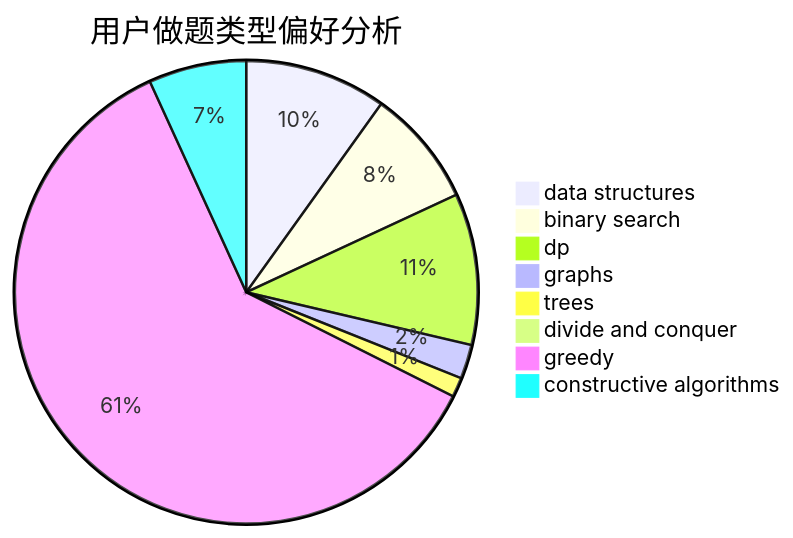
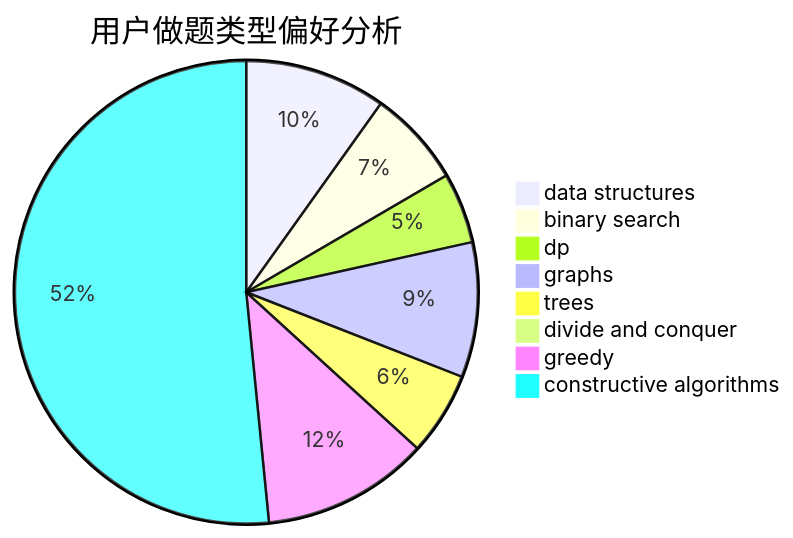
One commit to sherpahu/cfrs.github.io changed the second of 3 diagrams in docs/user/u354.md. Above: the diagram before and after it, drawn with Mermaid. The commit also changed other lines of this file and 2770 other files, not shown here.

````diff
--- a/docs/user/u354.md
+++ b/docs/user/u354.md
@@ -23,11 +23,11 @@
 ```mermaid
 pie title 用户做题类型偏好分析
-    "data structures" :  29
-    "binary search" :  24
-    "dp" :  31
-    "graphs" :  7
-    "trees" :  4
-    "divide and conquer" :  1
-    "greedy" :  178
-    "constructive algorithms" :  20
+    "data structures" :  22
+    "binary search" :  15
+    "dp" :  11
+    "graphs" :  21
+    "trees" :  13
+    "divide and conquer" :  0
+    "greedy" :  26
+    "constructive algorithms" :  115
 ```
````
